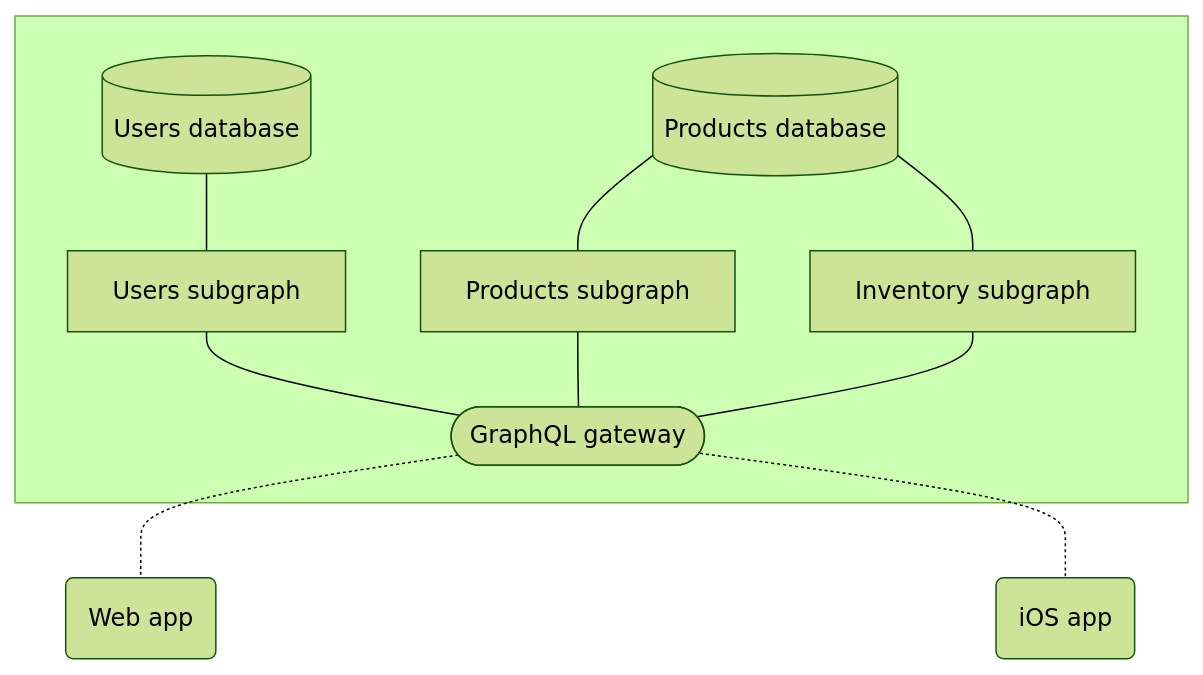
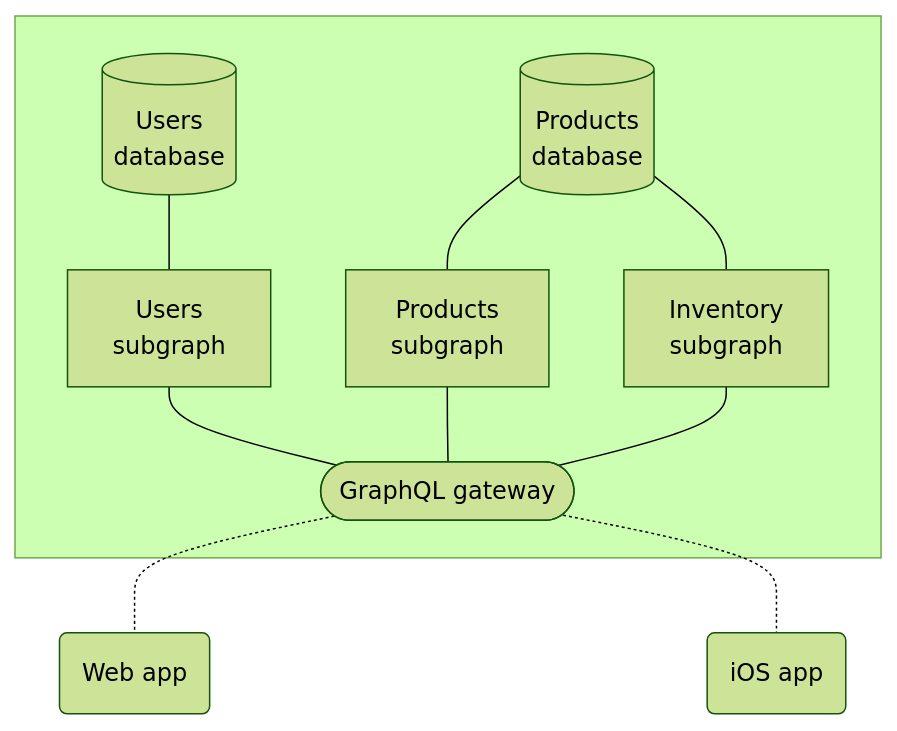
One commit to apollographql/apollo changed the second of 2 diagrams in docs/source/intro/platform.md. Above: the diagram before and after it, drawn with Mermaid (forest theme). The commit also changed other lines of this file and 7 other files, not shown here.

````diff
--- a/docs/source/intro/platform.md
+++ b/docs/source/intro/platform.md
@@ -115,18 +115,18 @@
 ```mermaid
 graph TB;
   subgraph " "
-  userdb[(Users database)];
-  productdb[(Products database)];
+  userdb[(Users<br/>database)];
+  productdb[(Products<br/>database)];
   gateway([GraphQL gateway]);
-  serviceA[Users subgraph];
-  serviceB[Products subgraph];
-  serviceC[Inventory subgraph];
+  serviceA[Users<br/>subgraph];
+  serviceB[Products<br/>subgraph];
+  serviceC[Inventory<br/>subgraph];
   end
   webapp(Web app);
   iosapp(iOS app);
   userdb --- serviceA;
   productdb --- serviceB & serviceC;
   gateway -.- webapp & iosapp;
   serviceA & serviceB & serviceC --- gateway;
   class webapp,iosapp secondary;
 ```
````
